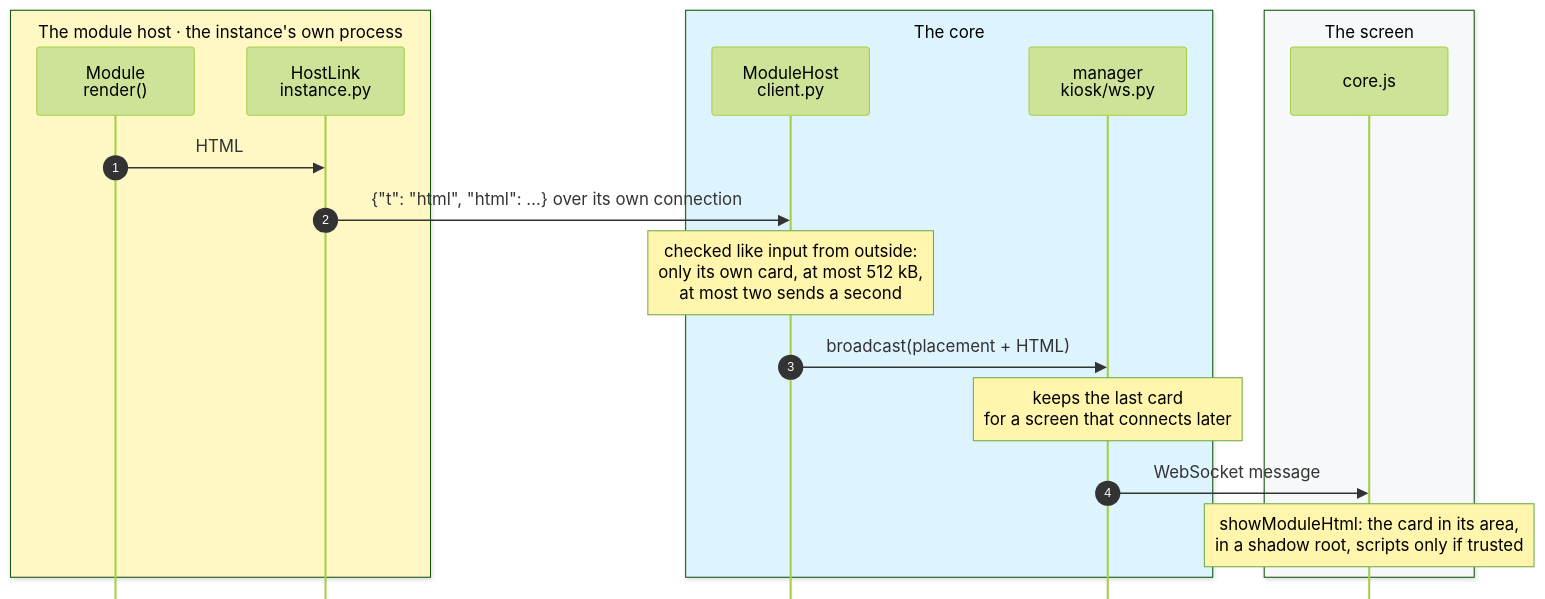
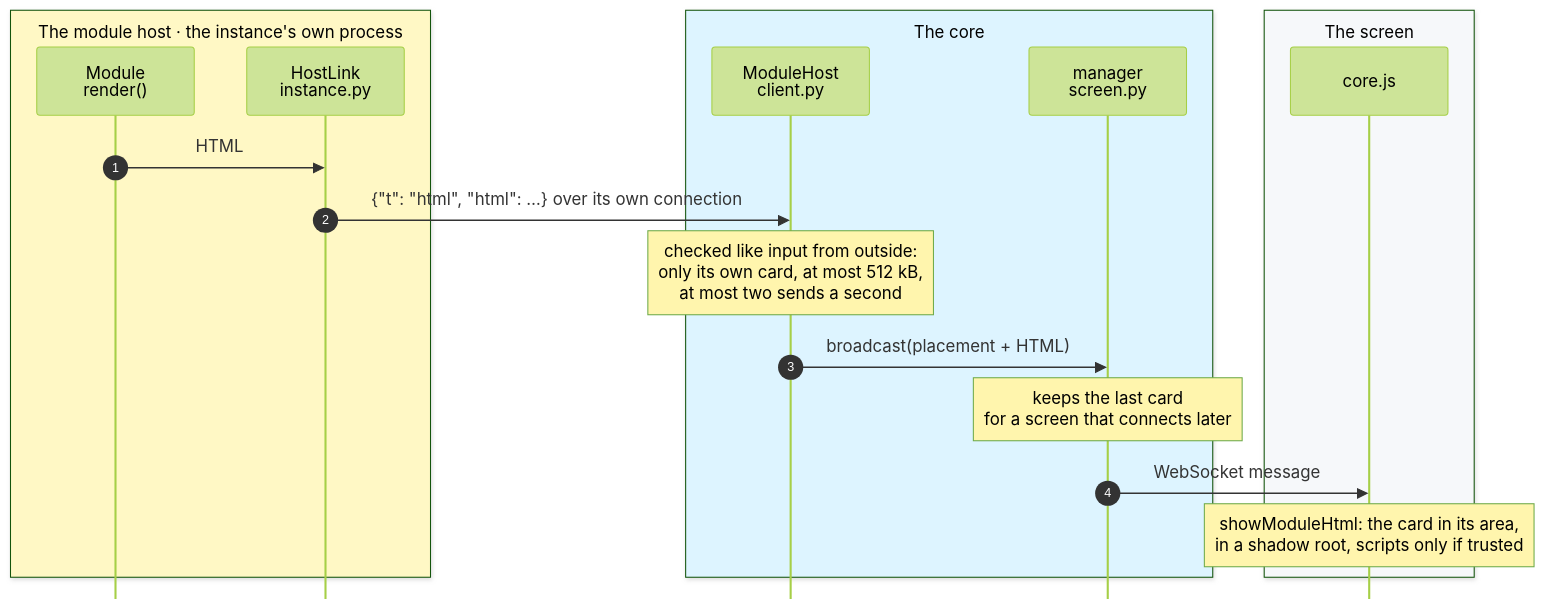
Before and after one commit to Menturan/MirrorDash: the third of 4 diagrams in HOW_IT_WORKS.md, drawn with Mermaid (forest theme). The commit also changed other lines of this file and 26 other files, not shown here.

````diff
--- a/HOW_IT_WORKS.md
+++ b/HOW_IT_WORKS.md
@@ -109,23 +109,23 @@
 ```mermaid
 %%{init: {"sequence": {"mirrorActors": false}}}%%
 sequenceDiagram
     autonumber
     box rgb(255,248,197) The module host · the instance's own process
         participant M as Module<br/>render()
         participant L as HostLink<br/>instance.py
     end
     box rgb(221,244,255) The core
         participant H as ModuleHost<br/>client.py
-        participant W as manager<br/>kiosk/ws.py
+        participant W as manager<br/>screen.py
     end
     box rgb(246,248,250) The screen
         participant S as core.js
     end
     M->>L: HTML
     L->>H: {"t": "html", "html": …} over its own connection
     Note over H: checked like input from outside:<br/>only its own card, at most 512 kB,<br/>at most two sends a second
     H->>W: broadcast(placement + HTML)
     Note over W: keeps the last card<br/>for a screen that connects later
     W->>S: WebSocket message
     Note over S: showModuleHtml: the card in its area,<br/>in a shadow root, scripts only if trusted
 ```
````
